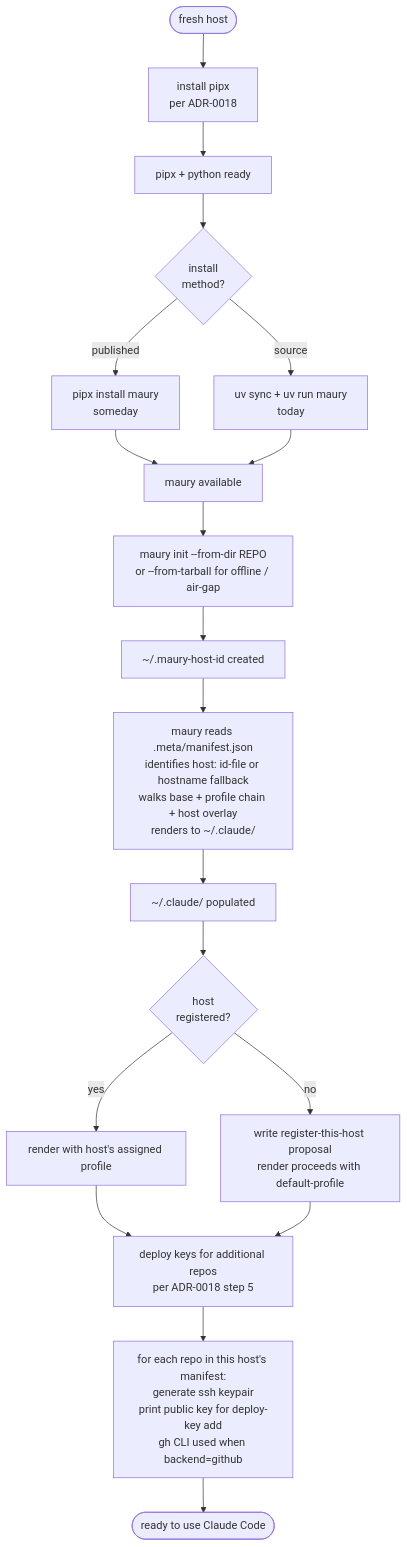
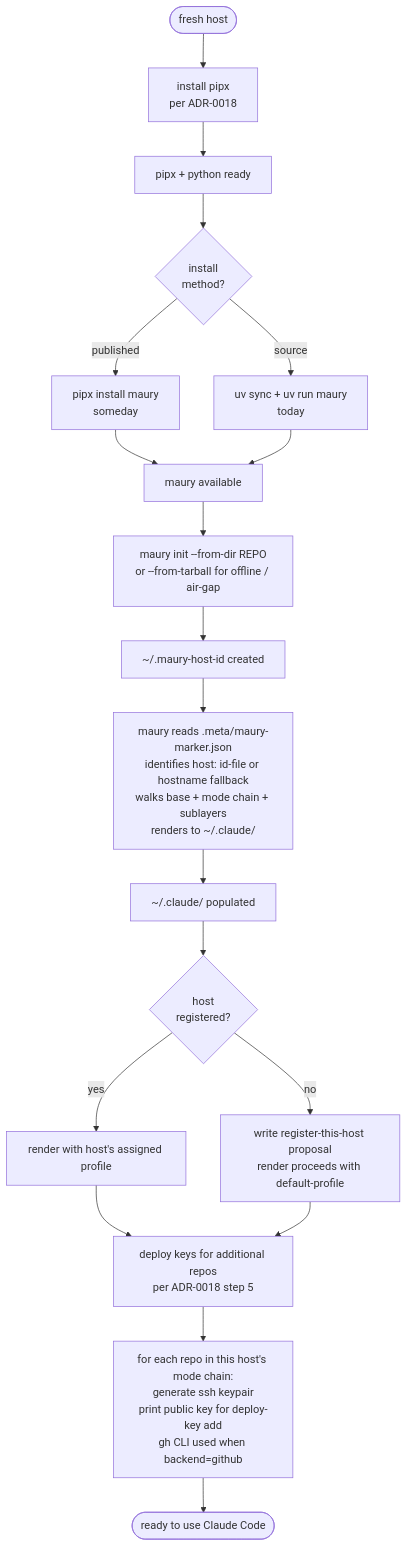
Before and after one commit to csmarshall/maury: the first of 4 diagrams in docs/workflow.md, drawn with Mermaid. The commit also changed 21 other files, not shown here.

````diff
--- a/docs/workflow.md
+++ b/docs/workflow.md
@@ -25,21 +25,21 @@
 ```mermaid
 flowchart TD
     Fresh([fresh host]) --> Pipx[install pipx<br/>per ADR-0018]
     Pipx --> Ready[pipx + python ready]
     Ready --> Install{install<br/>method?}
     Install -->|published| Pip[pipx install maury<br/>someday]
     Install -->|source| UV[uv sync + uv run maury<br/>today]
     Pip --> Avail[maury available]
     UV --> Avail
     Avail --> Init[maury init --from-dir REPO<br/>or --from-tarball for offline / air-gap]
     Init --> HostID[~/.maury-host-id created]
-    HostID --> Read[maury reads .meta/manifest.json<br/>identifies host: id-file or hostname fallback<br/>walks base + profile chain + host overlay<br/>renders to ~/.claude/]
+    HostID --> Read[maury reads .meta/maury-marker.json<br/>identifies host: id-file or hostname fallback<br/>walks base + mode chain + sublayers<br/>renders to ~/.claude/]
     Read --> Populated[~/.claude/ populated]
     Populated --> Reg{host<br/>registered?}
     Reg -->|yes| Assigned[render with host's assigned profile]
     Reg -->|no| ProposeReg[write register-this-host proposal<br/>render proceeds with default-profile]
     Assigned --> Keys[deploy keys for additional repos<br/>per ADR-0018 step 5]
     ProposeReg --> Keys
-    Keys --> KeysLoop[for each repo in this host's manifest:<br/>generate ssh keypair<br/>print public key for deploy-key add<br/>gh CLI used when backend=github]
+    Keys --> KeysLoop[for each repo in this host's mode chain:<br/>generate ssh keypair<br/>print public key for deploy-key add<br/>gh CLI used when backend=github]
     KeysLoop --> Done([ready to use Claude Code])
 ```
````
